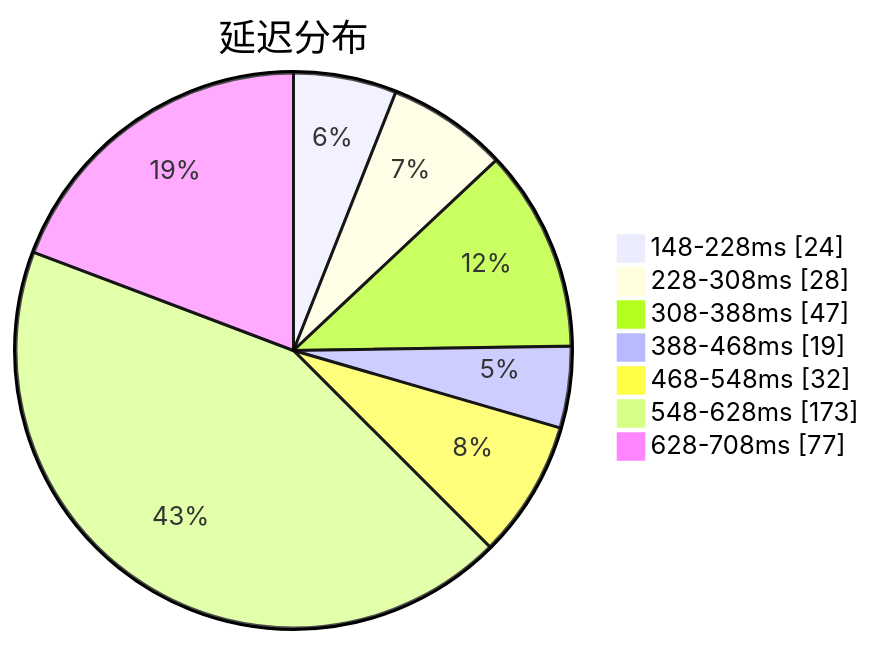
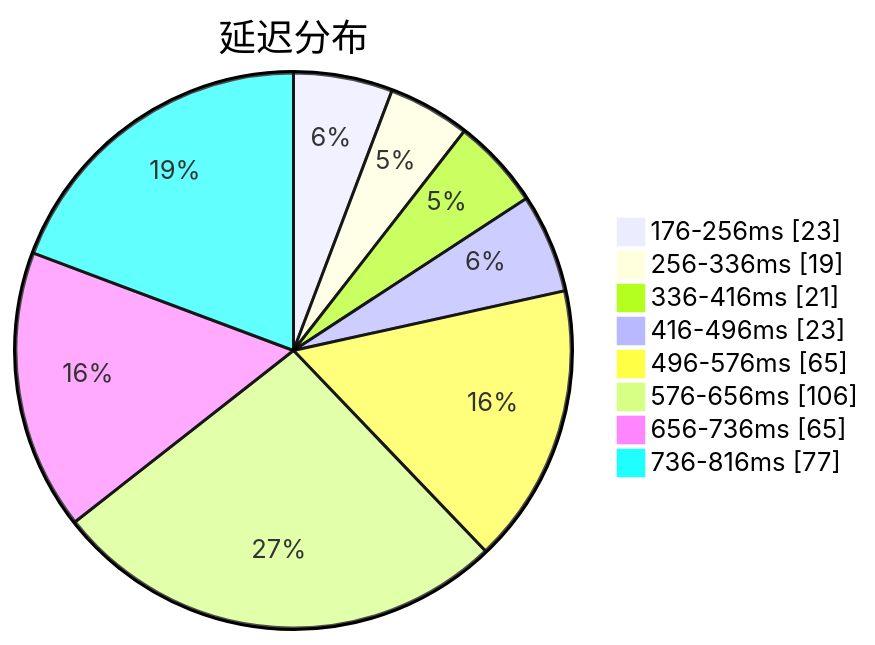
The first of 3 diagrams in subs/statistics/tested_within.md (qjlxg/airport), drawn with Mermaid before and after one commit. The commit also changed other lines of this file and 2 other files, not shown here.

Commit message:
Tested by metaST

````diff
--- a/subs/statistics/tested_within.md
+++ b/subs/statistics/tested_within.md
@@ -2,11 +2,12 @@
 ```mermaid
 pie showData
 title 延迟分布
-"148-228ms" : 24
-"228-308ms" : 28
-"308-388ms" : 47
-"388-468ms" : 19
-"468-548ms" : 32
-"548-628ms" : 173
-"628-708ms" : 77
+"176-256ms" : 23
+"256-336ms" : 19
+"336-416ms" : 21
+"416-496ms" : 23
+"496-576ms" : 65
+"576-656ms" : 106
+"656-736ms" : 65
+"736-816ms" : 77
 ```
````
